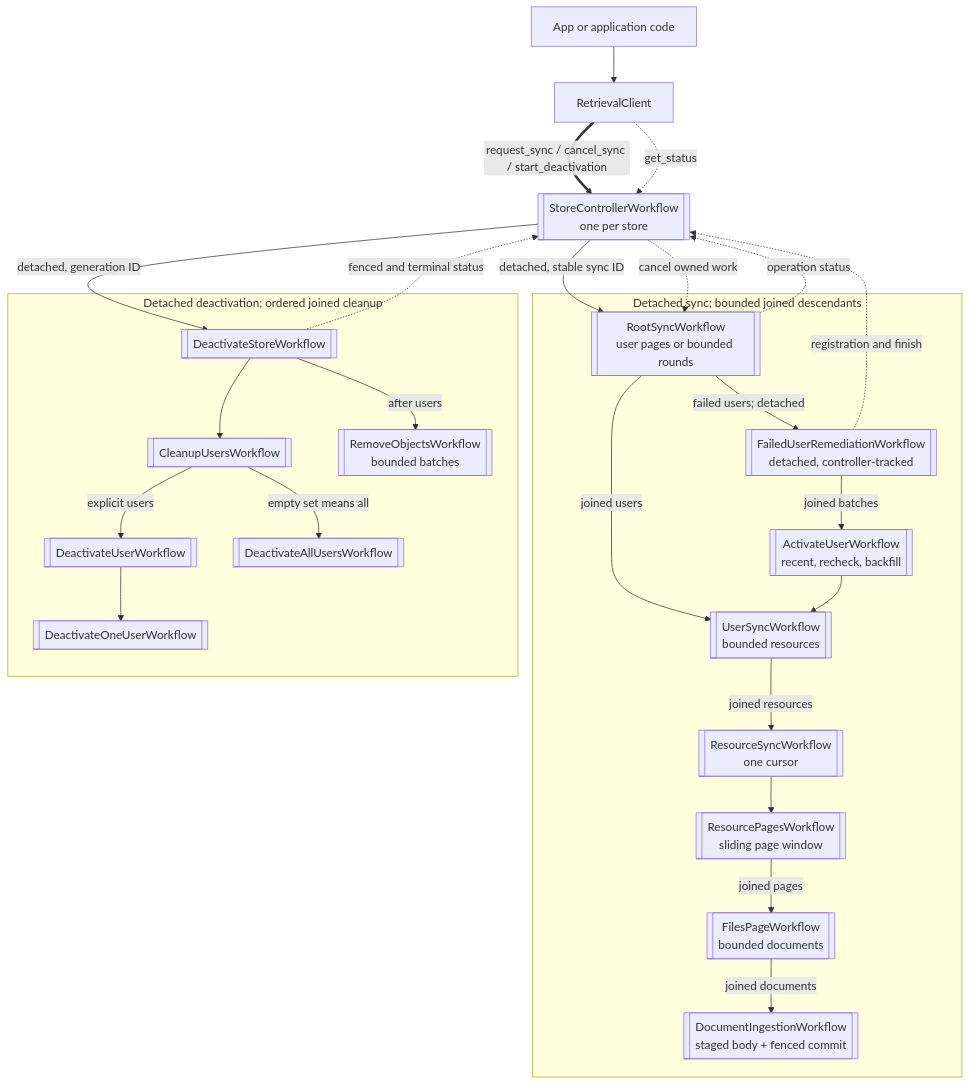
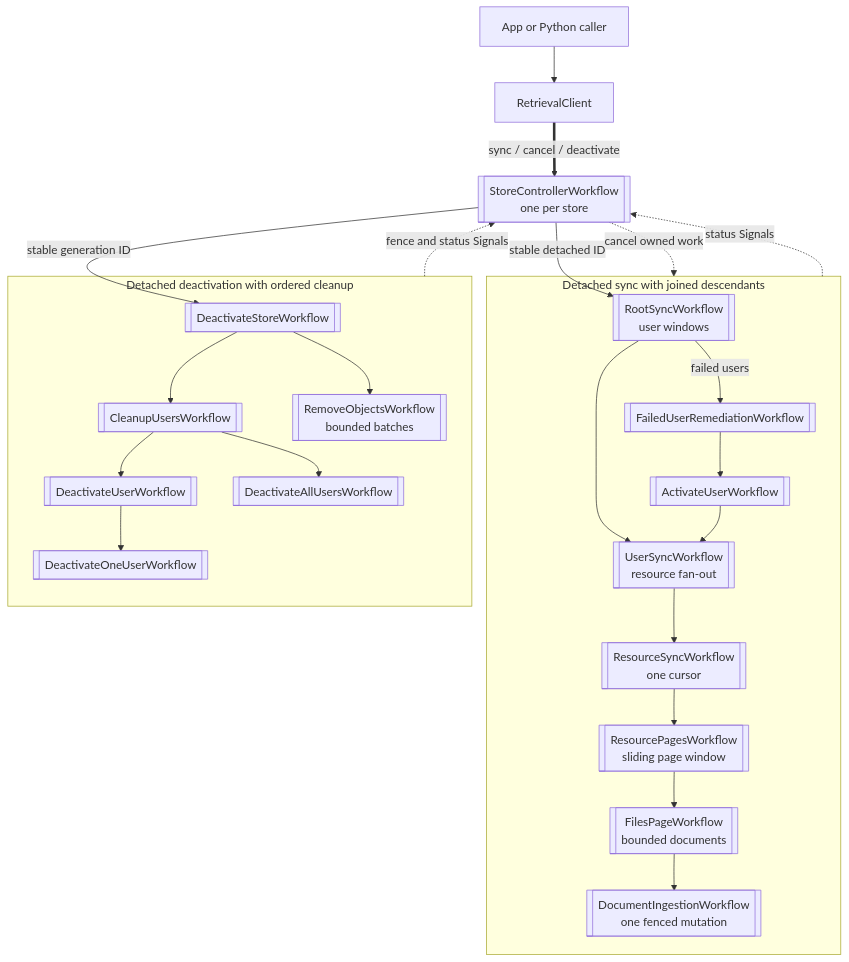
One commit to temporal-sa/golden-retriever changed the third of 8 diagrams in docs/workflow-topology.md. Above: the diagram before and after it, drawn with Mermaid. The commit also changed other lines of this file and 15 other files, not shown here.

````diff
--- a/docs/workflow-topology.md
+++ b/docs/workflow-topology.md
@@ -71,47 +95,39 @@
 ```mermaid
 flowchart TB
-    caller["App or application code"] --> client["RetrievalClient"]
-    client ==>|"request_sync / cancel_sync / start_deactivation"| controller[["StoreControllerWorkflow<br/>one per store"]]
-    client -.->|"get_status"| controller
+    caller["App or Python caller"] --> client["RetrievalClient"]
+    client ==>|"sync / cancel / deactivate"| controller[["StoreControllerWorkflow<br/>one per store"]]
 
-    subgraph syncTree["Detached sync; bounded joined descendants"]
-        root[["RootSyncWorkflow<br/>user pages or bounded rounds"]]
-        user[["UserSyncWorkflow<br/>bounded resources"]]
+    subgraph syncTree["Detached sync with joined descendants"]
+        root[["RootSyncWorkflow<br/>user windows"]]
+        user[["UserSyncWorkflow<br/>resource fan-out"]]
         resource[["ResourceSyncWorkflow<br/>one cursor"]]
         pages[["ResourcePagesWorkflow<br/>sliding page window"]]
         files[["FilesPageWorkflow<br/>bounded documents"]]
-        ingest[["DocumentIngestionWorkflow<br/>staged body + fenced commit"]]
-        remediation[["FailedUserRemediationWorkflow<br/>detached, controller-tracked"]]
-        activate[["ActivateUserWorkflow<br/>recent, recheck, backfill"]]
+        ingest[["DocumentIngestionWorkflow<br/>one fenced mutation"]]
+        remediation[["FailedUserRemediationWorkflow"]]
+        activate[["ActivateUserWorkflow"]]
 
-        root -->|"joined users"| user
-        user -->|"joined resources"| resource
-        resource --> pages
-        pages -->|"joined pages"| files
-        files -->|"joined documents"| ingest
-        root -->|"failed users; detached"| remediation
-        remediation -->|"joined batches"| activate
-        activate --> user
+        root --> user --> resource --> pages --> files --> ingest
+        root -->|"failed users"| remediation --> activate --> user
     end
 
-    subgraph deactivationTree["Detached deactivation; ordered joined cleanup"]
+    subgraph deactivationTree["Detached deactivation with ordered cleanup"]
         deactivation[["DeactivateStoreWorkflow"]]
         cleanUsers[["CleanupUsersWorkflow"]]
-        userRoute[["DeactivateUserWorkflow"]]
+        routeUser[["DeactivateUserWorkflow"]]
         oneUser[["DeactivateOneUserWorkflow"]]
         allUsers[["DeactivateAllUsersWorkflow"]]
         objects[["RemoveObjectsWorkflow<br/>bounded batches"]]
 
         deactivation --> cleanUsers
-        cleanUsers -->|"explicit users"| userRoute --> oneUser
-        cleanUsers -->|"empty set means all"| allUsers
-        deactivation -->|"after users"| objects
+        cleanUsers --> routeUser --> oneUser
+        cleanUsers --> allUsers
+        deactivation --> objects
     end
 
-    controller -->|"detached, stable sync ID"| root
-    controller -->|"detached, generation ID"| deactivation
-    controller -.->|"cancel owned work"| root
-    root -.->|"operation status"| controller
-    remediation -.->|"registration and finish"| controller
-    deactivation -.->|"fenced and terminal status"| controller
+    controller -->|"stable detached ID"| root
+    controller -->|"stable generation ID"| deactivation
+    controller -.->|"cancel owned work"| syncTree
+    syncTree -.->|"status Signals"| controller
+    deactivationTree -.->|"fence and status Signals"| controller
 ```
````
